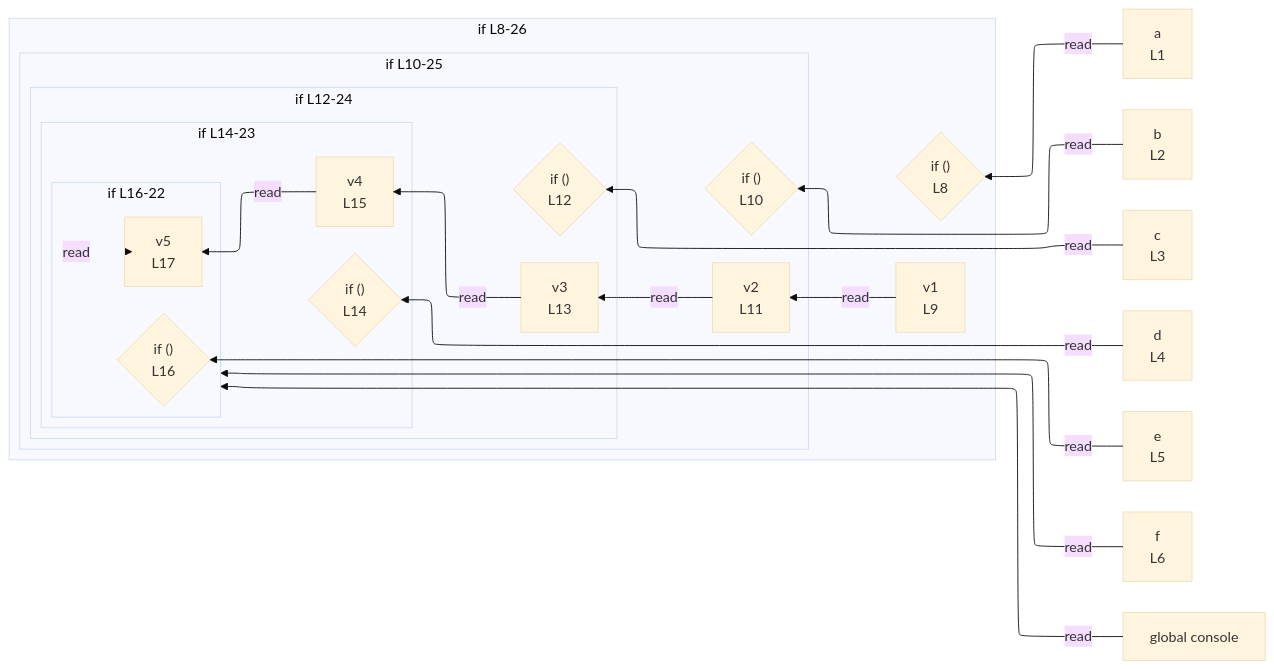
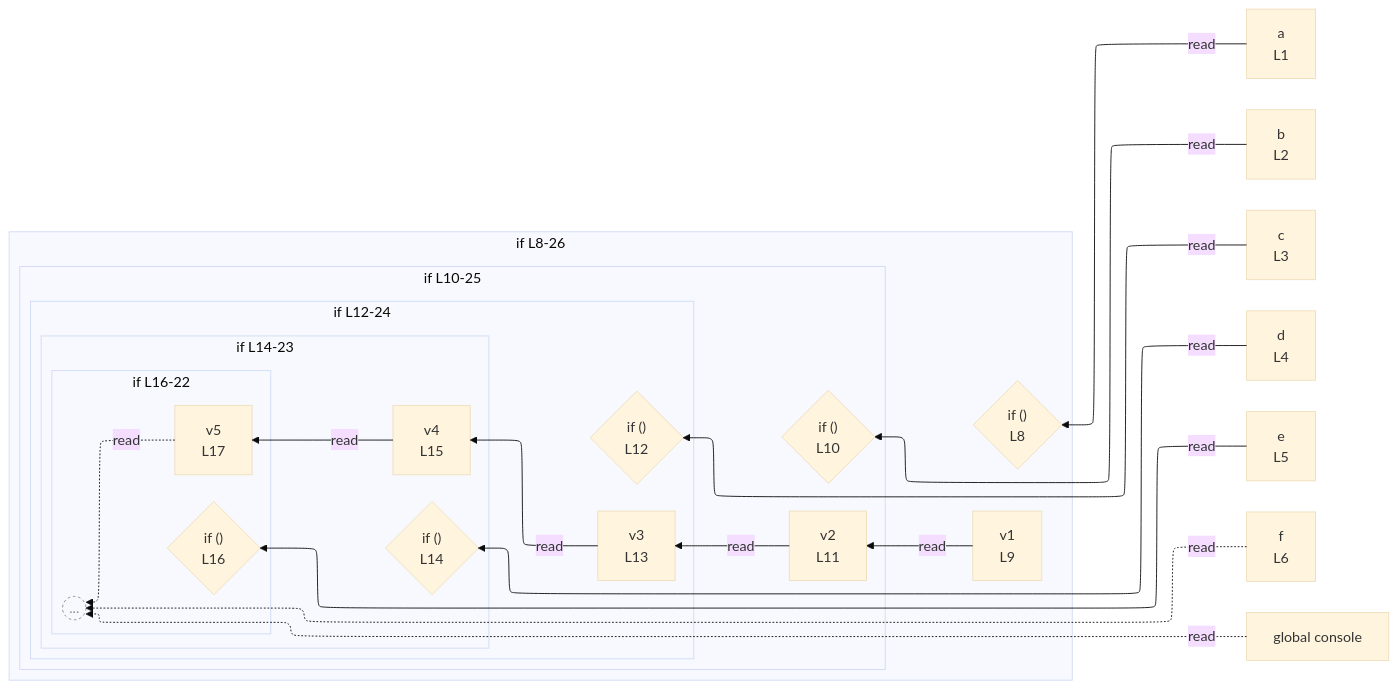
One commit to crescware/unsnarl changed the diagram in integration/fixtures/app-behavior/depth/if/depth-5/preview.md. Above: the diagram before and after it, drawn with Mermaid (base theme). The commit also changed 72 other files, not shown here.

First line of the commit message:
Render anonymous collapsed scopes as a BeyondDepth `((...))` stub

````diff
--- a/integration/fixtures/app-behavior/depth/if/depth-5/preview.md
+++ b/integration/fixtures/app-behavior/depth/if/depth-5/preview.md
@@ -36,48 +36,51 @@
 ```mermaid
 %%{init: {"flowchart": {"defaultRenderer": "elk"}}}%%
 flowchart RL
   n_scope_0_a_6["a<br/>L1"]
   n_scope_0_b_22["b<br/>L2"]
   n_scope_0_c_38["c<br/>L3"]
   n_scope_0_d_54["d<br/>L4"]
   n_scope_0_e_70["e<br/>L5"]
   n_scope_0_f_86["f<br/>L6"]
   n_scope_0_console_324["global console"]
   subgraph s_scope_1["if L8-26"]
     direction RL
     if_test_scope_0_97{"if ()<br/>L8"}
     n_scope_1_v1_114["v1<br/>L9"]
     subgraph s_scope_2["if L10-25"]
       direction RL
       if_test_scope_1_124{"if ()<br/>L10"}
       n_scope_2_v2_143["v2<br/>L11"]
       subgraph s_scope_3["if L12-24"]
         direction RL
         if_test_scope_2_156{"if ()<br/>L12"}
         n_scope_3_v3_177["v3<br/>L13"]
         subgraph s_scope_4["if L14-23"]
           direction RL
           if_test_scope_3_192{"if ()<br/>L14"}
           n_scope_4_v4_215["v4<br/>L15"]
           subgraph s_scope_5["if L16-22"]
             direction RL
             if_test_scope_4_232{"if ()<br/>L16"}
             n_scope_5_v5_257["v5<br/>L17"]
+            beyond_depth_s_scope_5((...))
           end
         end
       end
     end
   end
   n_scope_0_a_6 -->|read| if_test_scope_0_97
   n_scope_0_b_22 -->|read| if_test_scope_1_124
   n_scope_1_v1_114 -->|read| n_scope_2_v2_143
   n_scope_0_c_38 -->|read| if_test_scope_2_156
   n_scope_2_v2_143 -->|read| n_scope_3_v3_177
   n_scope_0_d_54 -->|read| if_test_scope_3_192
   n_scope_3_v3_177 -->|read| n_scope_4_v4_215
   n_scope_0_e_70 -->|read| if_test_scope_4_232
   n_scope_4_v4_215 -->|read| n_scope_5_v5_257
-  n_scope_0_f_86 -->|read| s_scope_5
-  n_scope_5_v5_257 -->|read| s_scope_5
-  n_scope_0_console_324 -->|read| s_scope_5
+  n_scope_0_f_86 -.->|read| beyond_depth_s_scope_5
+  n_scope_5_v5_257 -.->|read| beyond_depth_s_scope_5
+  n_scope_0_console_324 -.->|read| beyond_depth_s_scope_5
+  classDef boundaryStub fill:transparent,stroke:#888,stroke-dasharray:3 3,color:#888;
+  class beyond_depth_s_scope_5 boundaryStub;
 ```
````
